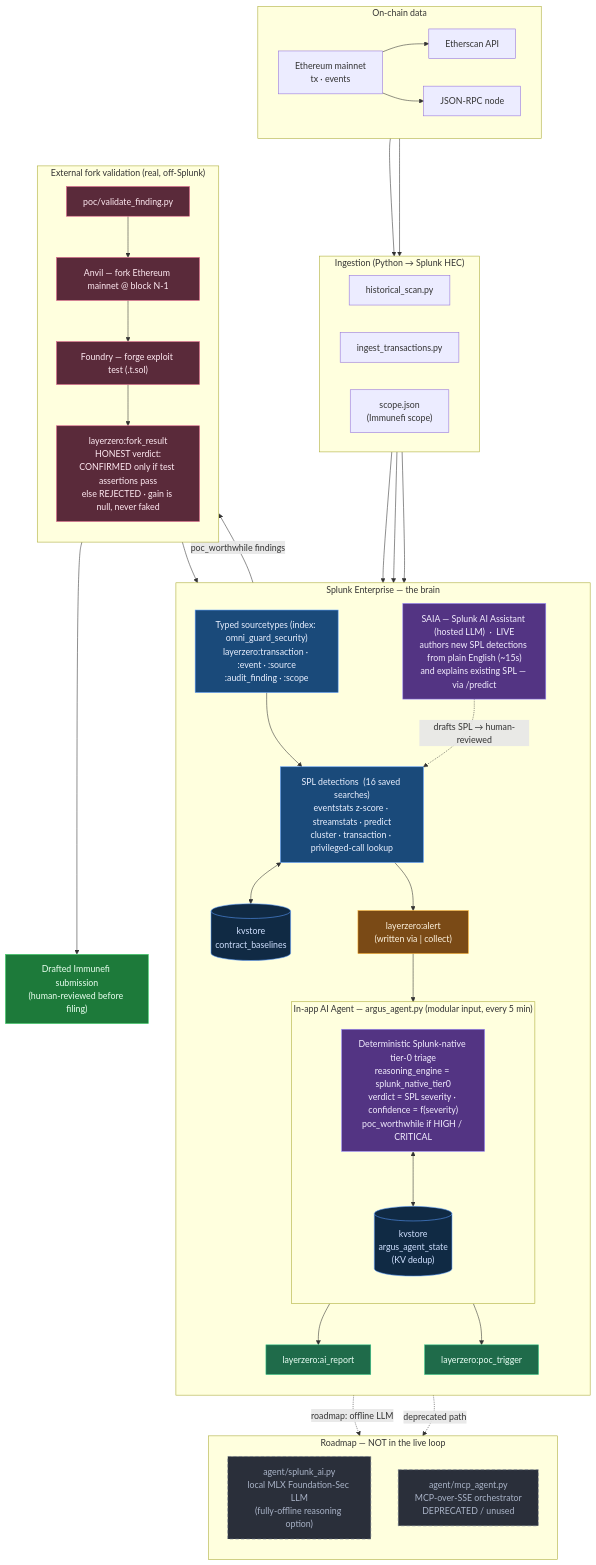
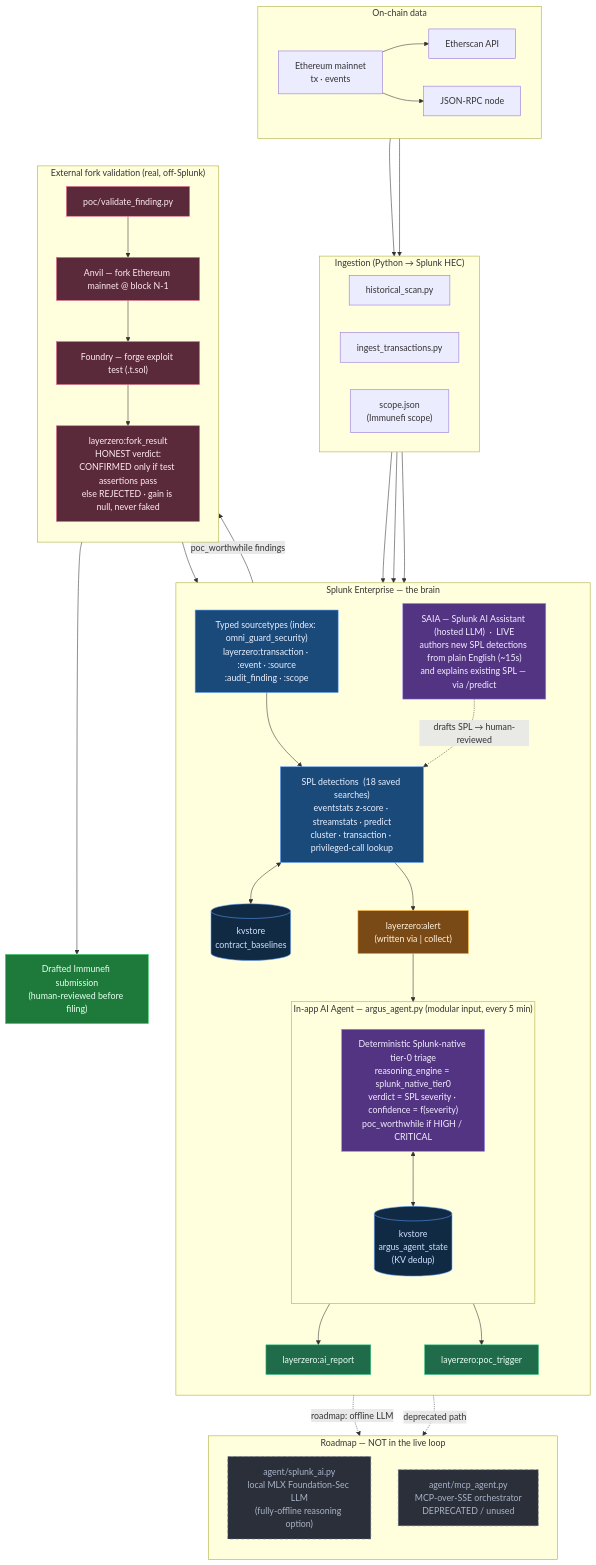
Before and after one commit to Alexander-Sorrell-IT/argus: the first of 2 diagrams in ARCHITECTURE.md, drawn with Mermaid. The commit also changed 4 other files, not shown here.

```diff
--- a/ARCHITECTURE.md
+++ b/ARCHITECTURE.md
@@ -47,7 +47,7 @@
   subgraph SPLUNK["Splunk Enterprise  —  the brain"]
     direction TB
     ST["Typed sourcetypes (index: omni_guard_security)<br/>layerzero:transaction · :event · :source<br/>:audit_finding · :scope"]
-    DET["SPL detections  (16 saved searches)<br/>eventstats z-score · streamstats · predict<br/>cluster · transaction · privileged-call lookup"]
+    DET["SPL detections  (18 saved searches)<br/>eventstats z-score · streamstats · predict<br/>cluster · transaction · privileged-call lookup"]
     KVB[("kvstore<br/>contract_baselines")]
     ALERT["layerzero:alert<br/>(written via | collect)"]
 
```
